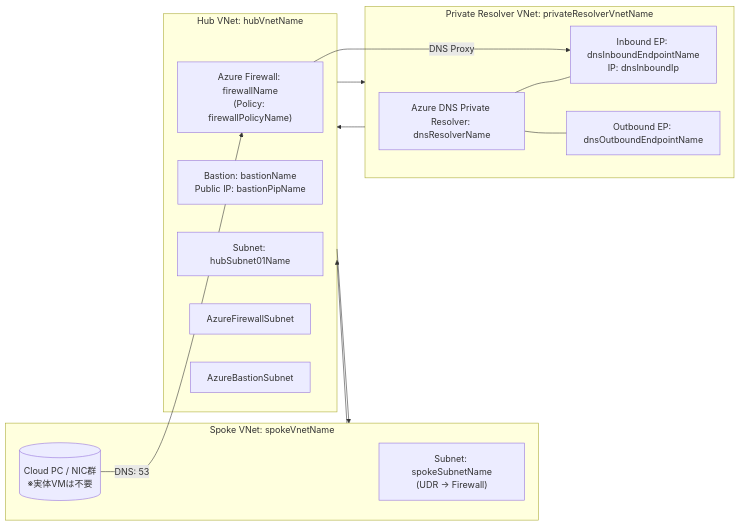
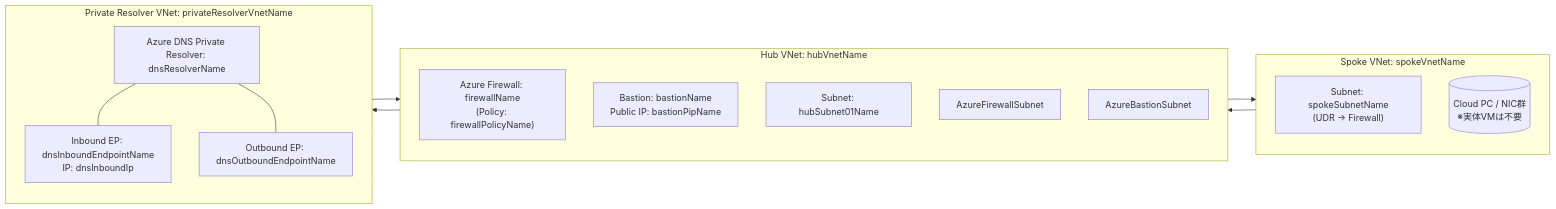
The first of 4 diagrams in content/posts/ja-jp/win365poc.md (TakumiSeo/Tech-BLOG), drawn with Mermaid before and after one commit. The commit also changed other lines of this file, not shown here.

````diff
--- a/content/posts/ja-jp/win365poc.md
+++ b/content/posts/ja-jp/win365poc.md
@@ -26,31 +26,29 @@
 ```mermaid
 flowchart LR
   subgraph HUB["Hub VNet: hubVnetName"]
     AFW["Azure Firewall: firewallName\n(Policy: firewallPolicyName)"]
     BAS["Bastion: bastionName\nPublic IP: bastionPipName"]
     HUBSUB1["Subnet: hubSubnet01Name"]
     AFSUB[AzureFirewallSubnet]
     BASSUB[AzureBastionSubnet]
   end
 
   subgraph SPOKE["Spoke VNet: spokeVnetName"]
     W365SUB["Subnet: spokeSubnetName\n(UDR -> Firewall)"]
     W365VM[("Cloud PC / NIC群\n※実体VMは不要")]
   end
 
   subgraph DNSVNET["Private Resolver VNet: privateResolverVnetName"]
     DNSR["Azure DNS Private Resolver: dnsResolverName"]
     INEP["Inbound EP: dnsInboundEndpointName\nIP: dnsInboundIp"]
     OUTEP["Outbound EP: dnsOutboundEndpointName"]
   end
 
   SPOKE --> HUB
   HUB --> SPOKE
   DNSVNET --> HUB
   HUB --> DNSVNET
 
-  W365VM -->|DNS: 53| AFW
-  AFW -->|DNS Proxy| INEP
   DNSR --- INEP
   DNSR --- OUTEP
 ```
````
